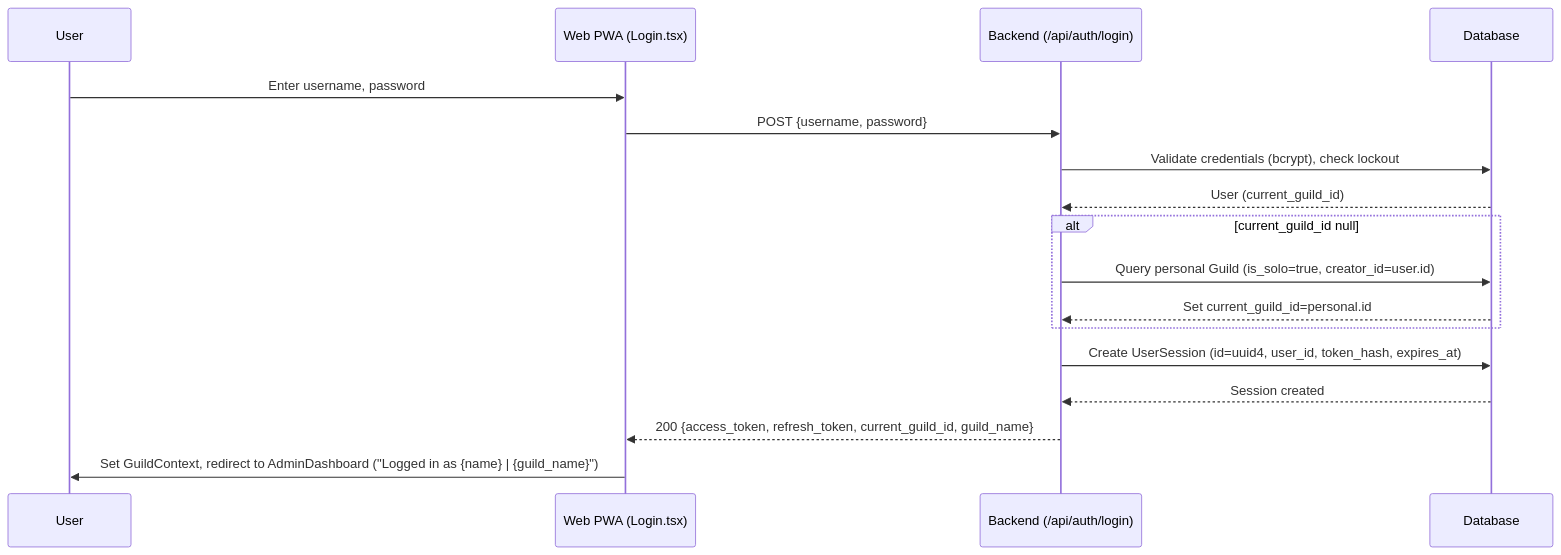
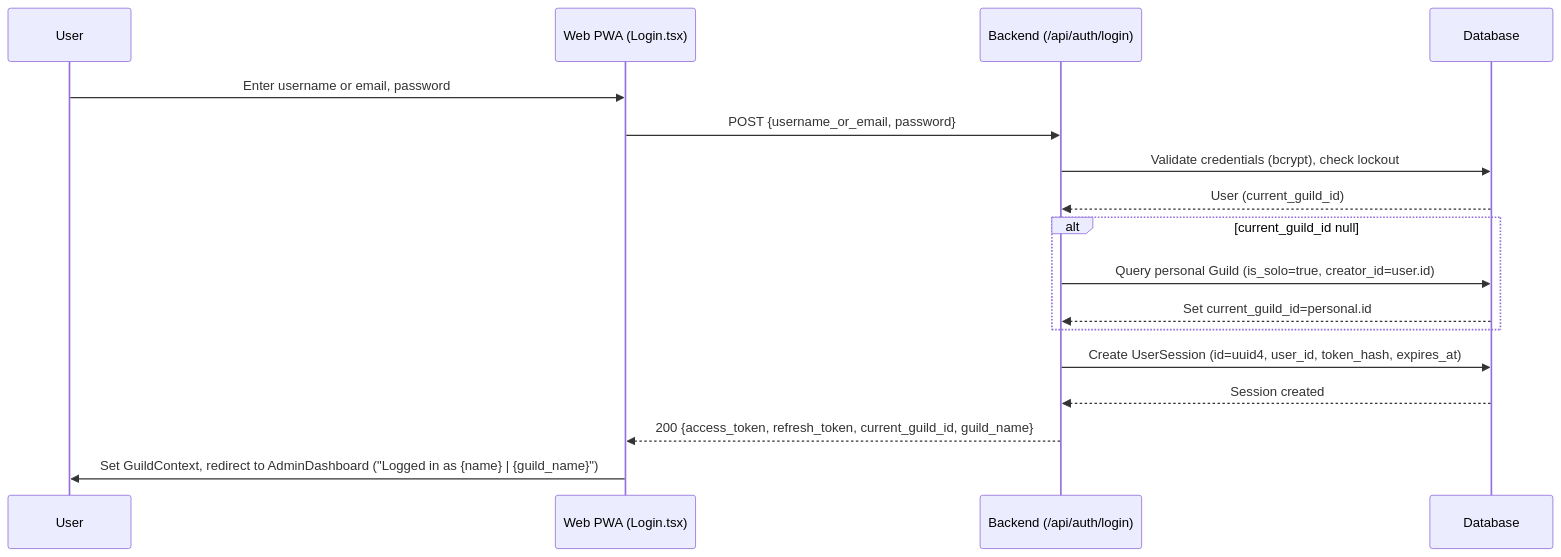
One commit to hamlet2k/SphereConnect changed the second of 5 diagrams in docs/project/use_cases.markdown. Above: the diagram before and after it, drawn with Mermaid. The commit also changed other lines of this file and 15 other files, not shown here.

First line of the commit message:
feat(auth): add username and email support to user authentication

````diff
--- a/docs/project/use_cases.markdown
+++ b/docs/project/use_cases.markdown
@@ -44,19 +44,19 @@
 ```mermaid
 sequenceDiagram
     participant U as User
     participant W as Web PWA (Login.tsx)
     participant B as Backend (/api/auth/login)
     participant D as Database
-    U->>W: Enter username, password
-    W->>B: POST {username, password}
+    U->>W: Enter username or email, password
+    W->>B: POST {username_or_email, password}
     B->>D: Validate credentials (bcrypt), check lockout
     D-->>B: User (current_guild_id)
     alt current_guild_id null
         B->>D: Query personal Guild (is_solo=true, creator_id=user.id)
         D-->>B: Set current_guild_id=personal.id
     end
     B->>D: Create UserSession (id=uuid4, user_id, token_hash, expires_at)
     D-->>B: Session created
     B-->>W: 200 {access_token, refresh_token, current_guild_id, guild_name}
     W->>U: Set GuildContext, redirect to AdminDashboard ("Logged in as {name} | {guild_name}")
 ```
````
